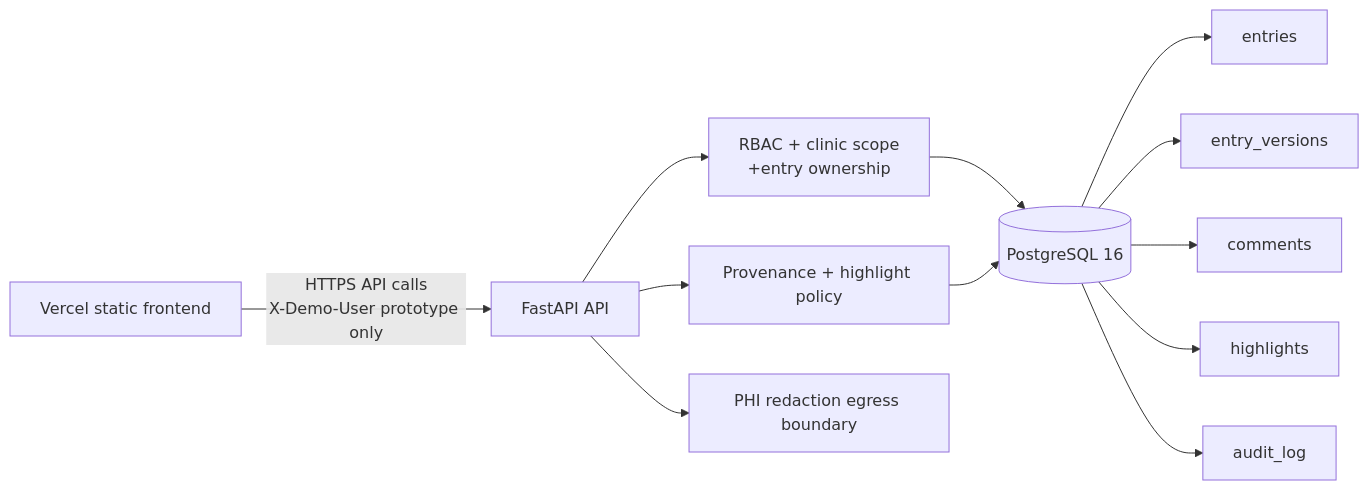
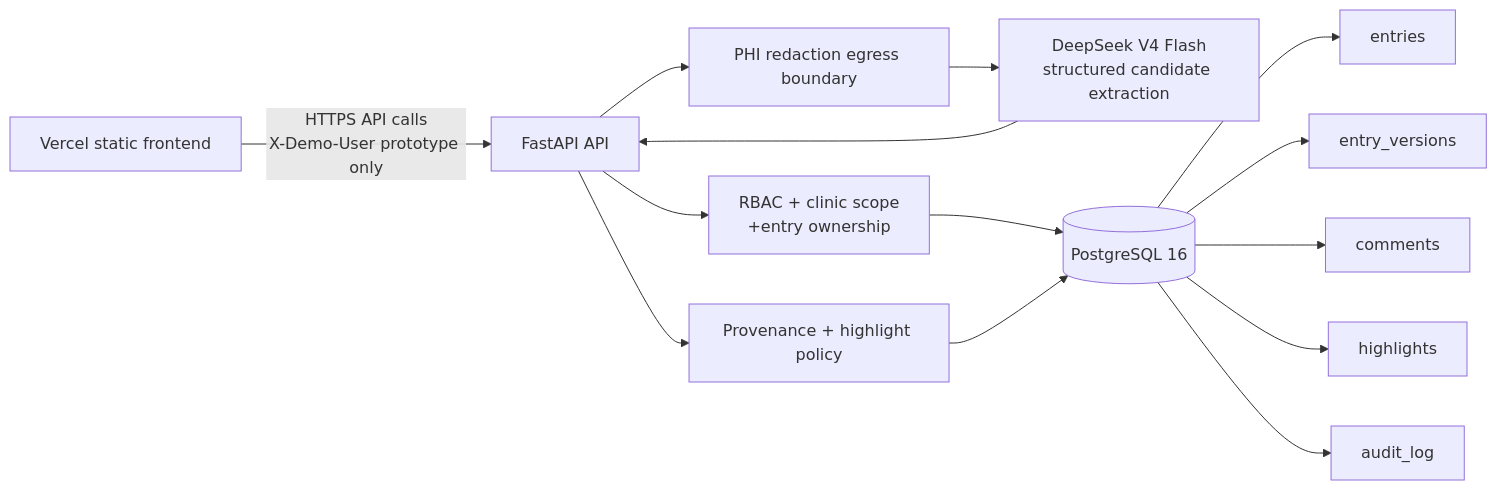
One commit to ACCLE123/CareTrace changed the first of 2 diagrams in docs/TECHNICAL_BRIEF.md. Above: the diagram before and after it, drawn with Mermaid. The commit also changed other lines of this file and 8 other files, not shown here.

Commit message:
Add traceable DeepSeek scribe workflow

````diff
--- a/docs/TECHNICAL_BRIEF.md
+++ b/docs/TECHNICAL_BRIEF.md
@@ -18,14 +18,16 @@
 ```mermaid
 flowchart LR
   B[Vercel static frontend] -->|HTTPS API calls\nX-Demo-User prototype only| A[FastAPI API]
   A --> R[RBAC + clinic scope\n+entry ownership]
   A --> P[Provenance + highlight policy]
   A --> X[PHI redaction egress boundary]
+  X --> D[DeepSeek V4 Flash\nstructured candidate extraction]
+  D --> A
   R --> DB[(PostgreSQL 16)]
   P --> DB
   DB --> E[entries]
   DB --> V[entry_versions]
   DB --> C[comments]
   DB --> H[highlights]
   DB --> L[audit_log]
 ```
````
